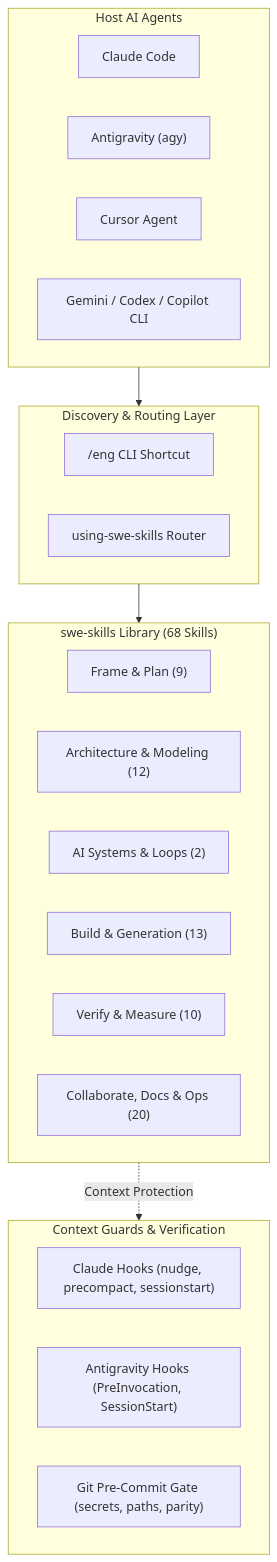
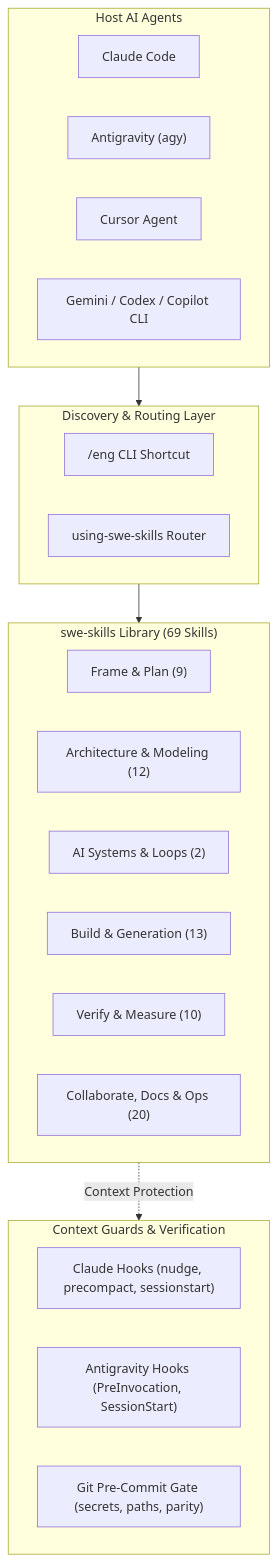
The diagram in docs/usermanual/README.md (bsommers/swe-skills-2), drawn with Mermaid before and after one commit. The commit also changed other lines of this file and 11 other files, not shown here.

````diff
--- a/docs/usermanual/README.md
+++ b/docs/usermanual/README.md
@@ -36,33 +36,33 @@
 ```mermaid
 flowchart TD
     subgraph AgentHosts["Host AI Agents"]
         Claude["Claude Code"]
         Agy["Antigravity (agy)"]
         Cursor["Cursor Agent"]
         Other["Gemini / Codex / Copilot CLI"]
     end
 
     subgraph RouterLayer["Discovery & Routing Layer"]
         Eng["/eng CLI Shortcut"]
         UsingSwe["using-swe-skills Router"]
     end
 
-    subgraph SkillSuite["swe-skills Library (68 Skills)"]
+    subgraph SkillSuite["swe-skills Library (69 Skills)"]
         Plan["Frame & Plan (9)"]
         Arch["Architecture & Modeling (12)"]
         AI["AI Systems & Loops (2)"]
         Build["Build & Generation (13)"]
         Verify["Verify & Measure (10)"]
         Ops["Collaborate, Docs & Ops (20)"]
     end
 
     subgraph RuntimeHooks["Context Guards & Verification"]
         ClaudeHooks["Claude Hooks (nudge, precompact, sessionstart)"]
         AgyHooks["Antigravity Hooks (PreInvocation, SessionStart)"]
         GitHooks["Git Pre-Commit Gate (secrets, paths, parity)"]
     end
 
     AgentHosts --> RouterLayer
     RouterLayer --> SkillSuite
     SkillSuite -. Context Protection .-> RuntimeHooks
 ```
````
